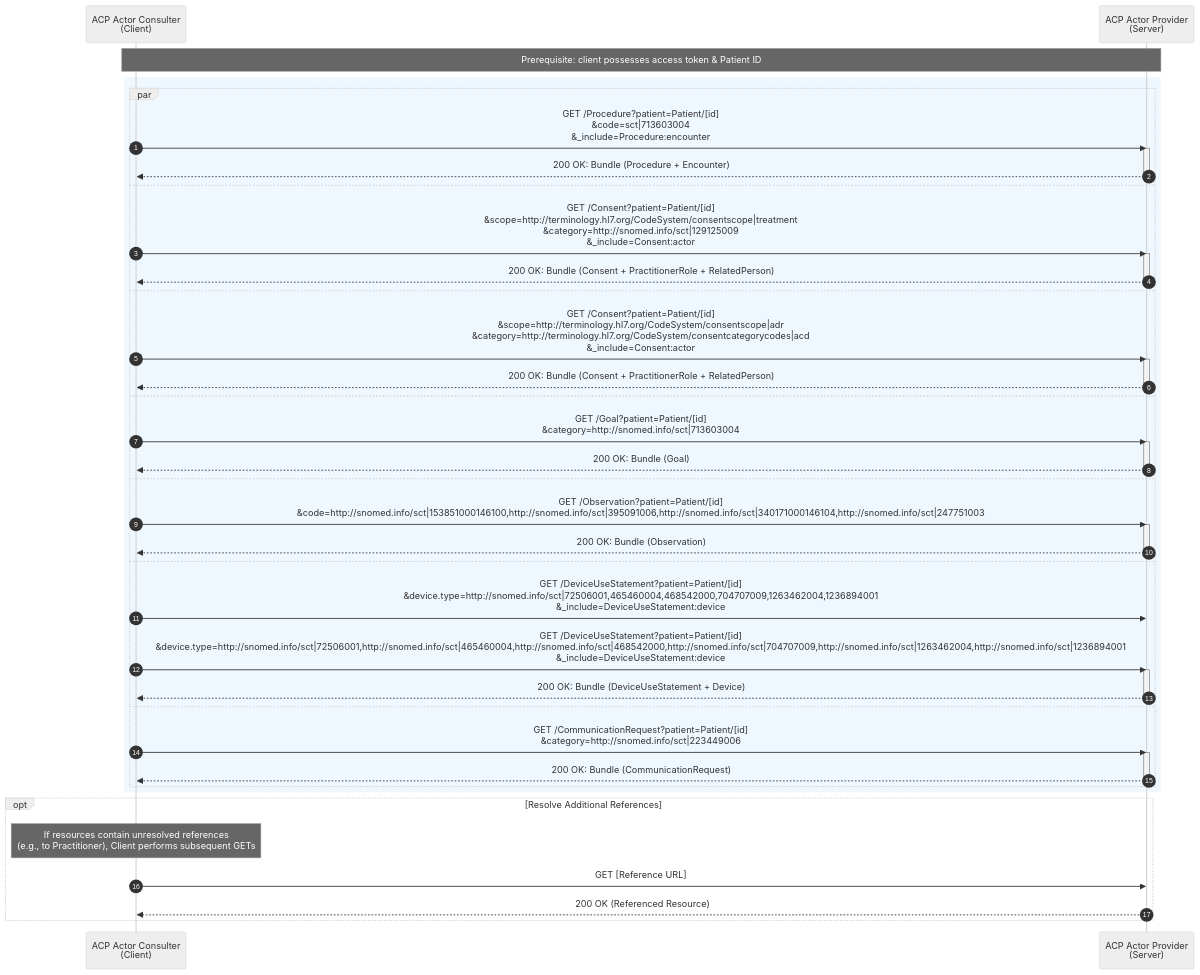
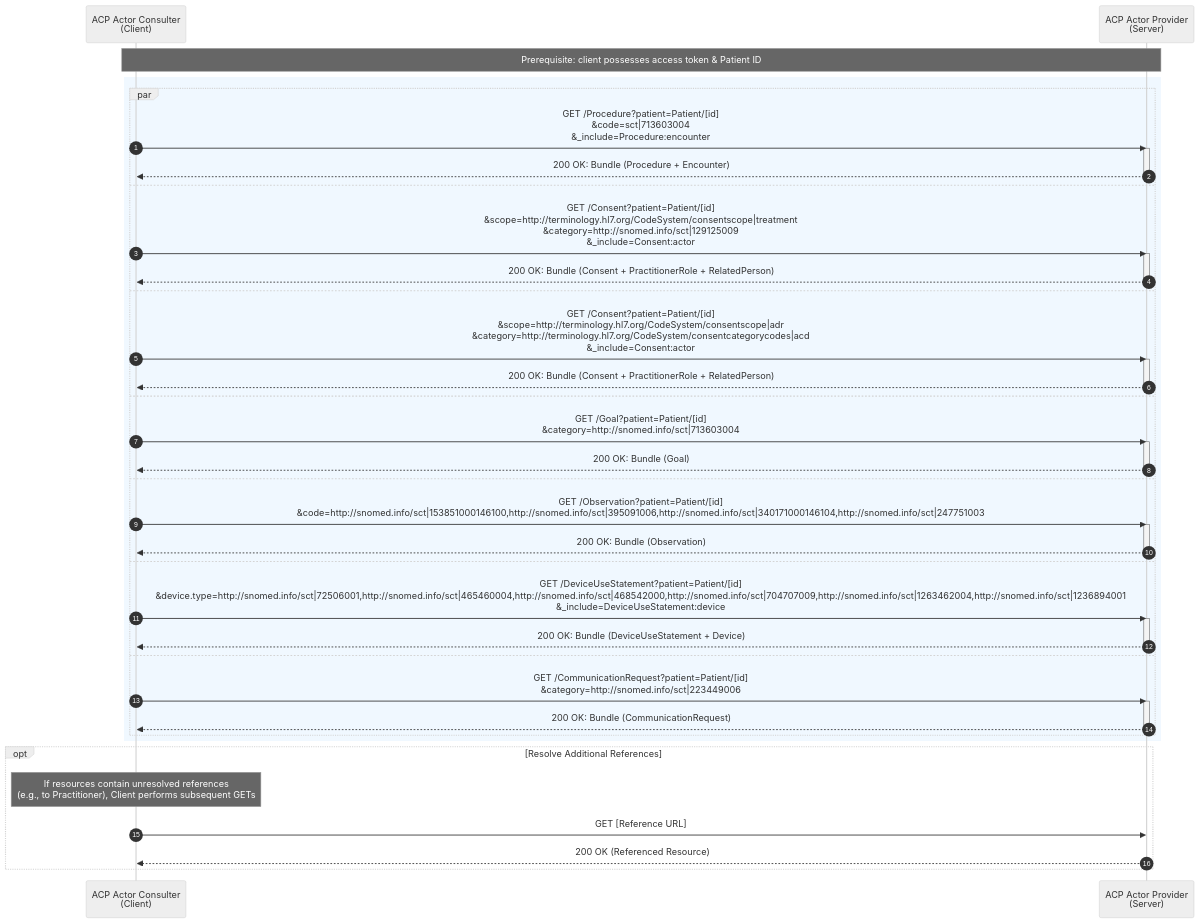
The diagram in input/includes/fhir-data-exchange-individual-resources-mermaid-diagram.md (IKNL/PZP-FHIR-R4), drawn with Mermaid (neutral theme) before and after one commit.

Commit message:
#151 not checked in deletion row

```diff
--- a/input/includes/fhir-data-exchange-individual-resources-mermaid-diagram.md
+++ b/input/includes/fhir-data-exchange-individual-resources-mermaid-diagram.md
@@ -1,64 +1,63 @@
 <div class="mermaid" style="height: 800px; overflow: visible;">
 
 sequenceDiagram
     autonumber
     participant C as ACP Actor Consulter<br>(Client)
     participant S as ACP Actor Provider<br>(Server)
 
     note over C, S: Prerequisite: client possesses access token & Patient ID
 
     rect rgb(240, 248, 255)
   
         par 
             %% 1. Procedures
             C->>S: GET /Procedure?patient=Patient/[id]<br>&code=sct|713603004<br>&_include=Procedure:encounter
             activate S
             S-->>C: 200 OK: Bundle (Procedure + Encounter)
             deactivate S
         and
             %% 2. Consent (TreatmentDirective)
             C->>S: GET /Consent?patient=Patient/[id]<br>&scope=http://terminology.hl7.org/CodeSystem/consentscope|treatment<br>&category=http://snomed.info/sct|129125009<br>&_include=Consent:actor
             activate S
             S-->>C: 200 OK: Bundle (Consent + PractitionerRole + RelatedPerson)
             deactivate S
         and
             %% 3. Consent (AdvanceCareDirective)
             C->>S: GET /Consent?patient=Patient/[id]<br>&scope=http://terminology.hl7.org/CodeSystem/consentscope|adr<br>&category=http://terminology.hl7.org/CodeSystem/consentcategorycodes|acd<br>&_include=Consent:actor
             activate S
             S-->>C: 200 OK: Bundle (Consent + PractitionerRole + RelatedPerson)
             deactivate S
         and
             %% 4. Goals
             C->>S: GET /Goal?patient=Patient/[id]<br>&category=http://snomed.info/sct|713603004
             activate S
             S-->>C: 200 OK: Bundle (Goal)
             deactivate S
         and
             %% 5. Observations
             C->>S: GET /Observation?patient=Patient/[id]<br>&code=http://snomed.info/sct|153851000146100,http://snomed.info/sct|395091006,http://snomed.info/sct|340171000146104,http://snomed.info/sct|247751003
             activate S
             S-->>C: 200 OK: Bundle (Observation)
             deactivate S
         and
             %% 6. Devices
-            C->>S: GET /DeviceUseStatement?patient=Patient/[id]<br>&device.type=http://snomed.info/sct|72506001,465460004,468542000,704707009,1263462004,1236894001<br>&_include=DeviceUseStatement:device
             C->>S: GET /DeviceUseStatement?patient=Patient/[id]<br>&device.type=http://snomed.info/sct|72506001,http://snomed.info/sct|465460004,http://snomed.info/sct|468542000,http://snomed.info/sct|704707009,http://snomed.info/sct|1263462004,http://snomed.info/sct|1236894001<br>&_include=DeviceUseStatement:device
             activate S
             S-->>C: 200 OK: Bundle (DeviceUseStatement + Device)
             deactivate S
         and
             %% 7. CommunicationRequests
             C->>S: GET /CommunicationRequest?patient=Patient/[id]<br>&category=http://snomed.info/sct|223449006
             activate S
             S-->>C: 200 OK: Bundle (CommunicationRequest)
             deactivate S
         end
     end
 
     opt Resolve Additional References
         note over C: If resources contain unresolved references<br>(e.g., to Practitioner), Client performs subsequent GETs
         C->>S: GET [Reference URL]
         S-->>C: 200 OK (Referenced Resource)
     end
 
 </div>
```
